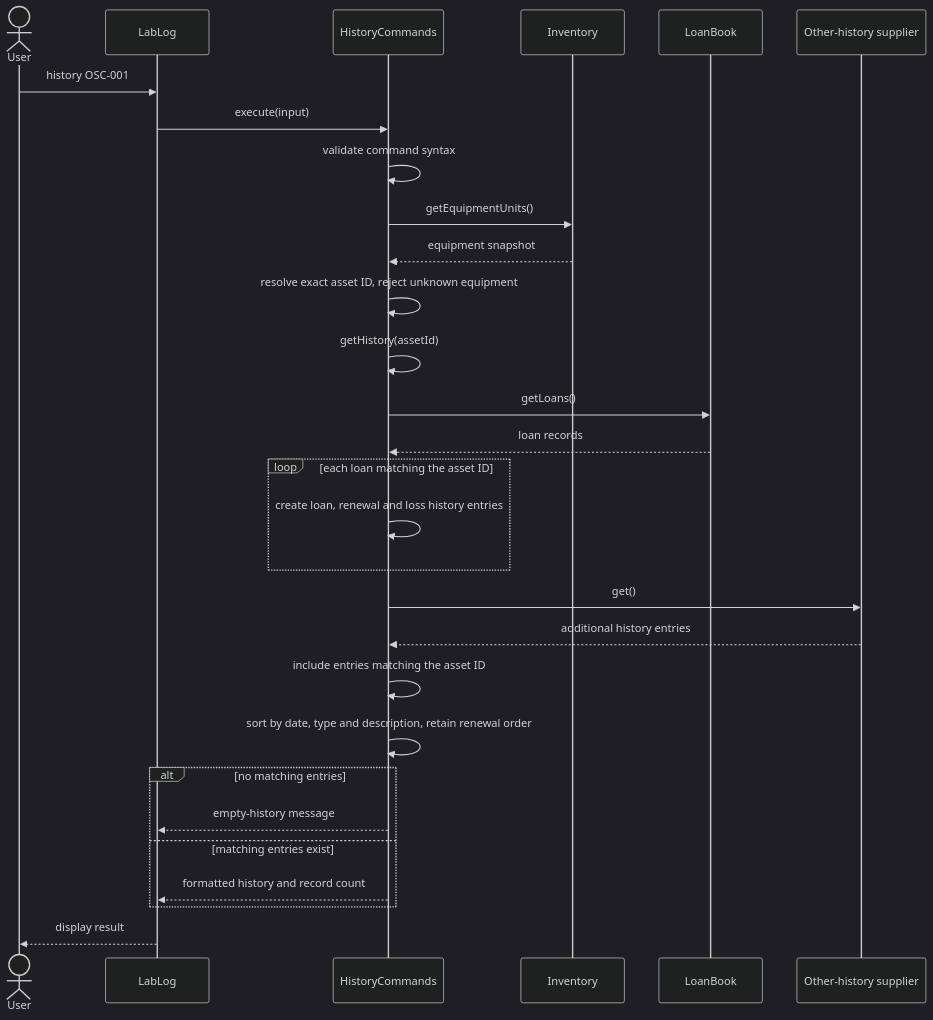
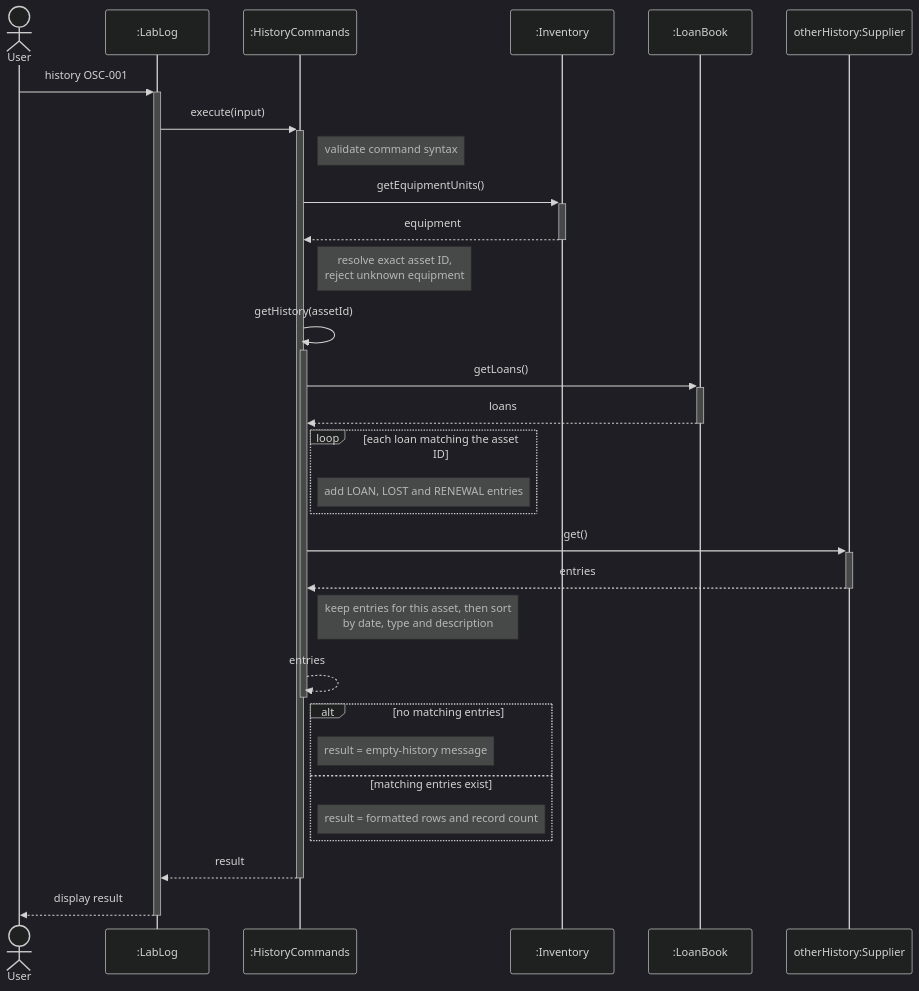
One commit to AY2627S1-CS2113-W13-3/tp changed diagram 12 of 12 in docs/DeveloperGuide.md. Above: the diagram before and after it, drawn with Mermaid (dark theme). The commit also changed other lines of this file and 6 other files, not shown here.

First line of the commit message:
docs: Fix UML diagrams and add DG overview

````diff
--- a/docs/DeveloperGuide.md
+++ b/docs/DeveloperGuide.md
@@ -1034,31 +1233,32 @@
 ```mermaid
 sequenceDiagram
     actor User
-    participant CLI as LabLog
-    participant Commands as HistoryCommands
-    participant Equipment as Inventory
-    participant Loans as LoanBook
-    participant Source as Other-history supplier
-    User->>CLI: history OSC-001
-    CLI->>Commands: execute(input)
-    Commands->>Commands: validate command syntax
-    Commands->>Equipment: getEquipmentUnits()
-    Equipment-->>Commands: equipment snapshot
-    Commands->>Commands: resolve exact asset ID, reject unknown equipment
-    Commands->>Commands: getHistory(assetId)
-    Commands->>Loans: getLoans()
-    Loans-->>Commands: loan records
+    participant CLI as :LabLog
+    participant Commands as :HistoryCommands
+    participant Equipment as :Inventory
+    participant Loans as :LoanBook
+    participant Source as otherHistory:Supplier
+    User->>+CLI: history OSC-001
+    CLI->>+Commands: execute(input)
+    Note right of Commands: validate command syntax
+    Commands->>+Equipment: getEquipmentUnits()
+    Equipment-->>-Commands: equipment
+    Note right of Commands: resolve exact asset ID,<br/>reject unknown equipment
+    Commands->>+Commands: getHistory(assetId)
+    Commands->>+Loans: getLoans()
+    Loans-->>-Commands: loans
     loop each loan matching the asset ID
-        Commands->>Commands: create loan, renewal and loss history entries
+        Note right of Commands: add LOAN, LOST and RENEWAL entries
     end
-    Commands->>Source: get()
-    Source-->>Commands: additional history entries
-    Commands->>Commands: include entries matching the asset ID
-    Commands->>Commands: sort by date, type and description, retain renewal order
+    Commands->>+Source: get()
+    Source-->>-Commands: entries
+    Note right of Commands: keep entries for this asset, then sort<br/>by date, type and description
+    Commands-->>-Commands: entries
     alt no matching entries
-        Commands-->>CLI: empty-history message
+        Note right of Commands: result = empty-history message
     else matching entries exist
-        Commands-->>CLI: formatted history and record count
+        Note right of Commands: result = formatted rows and record count
     end
-    CLI-->>User: display result
+    Commands-->>-CLI: result
+    CLI-->>-User: display result
 ```
````
